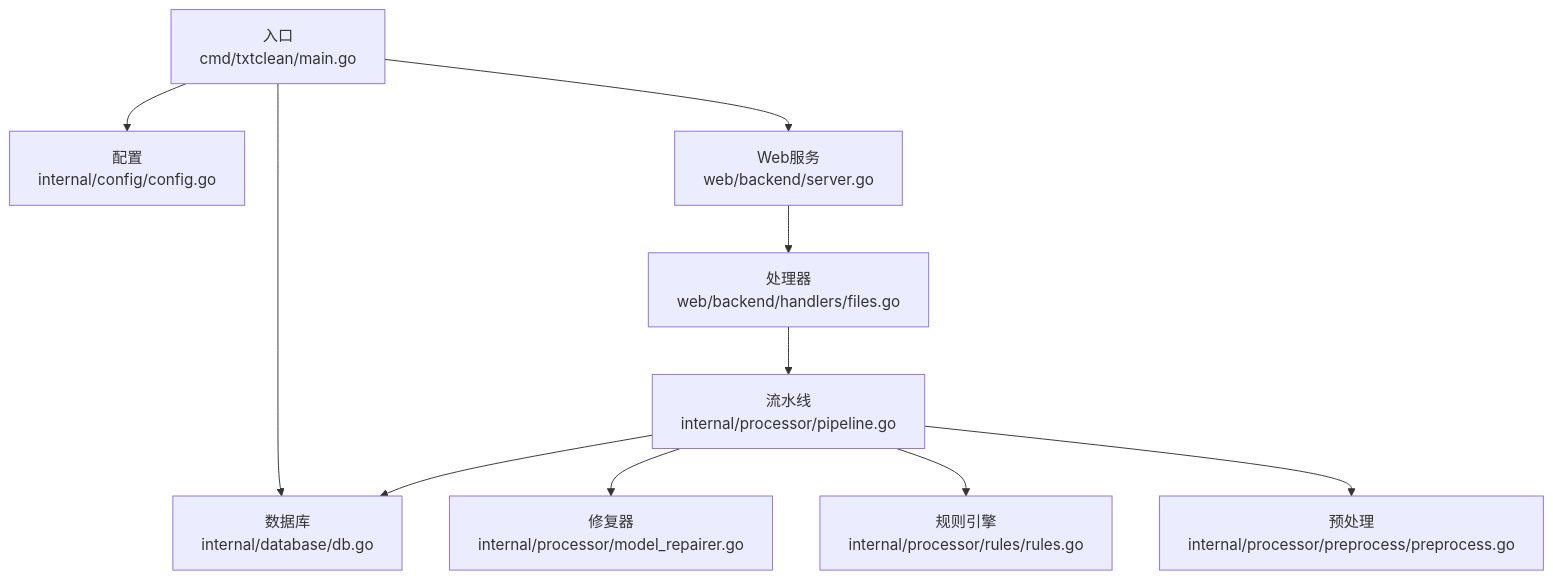
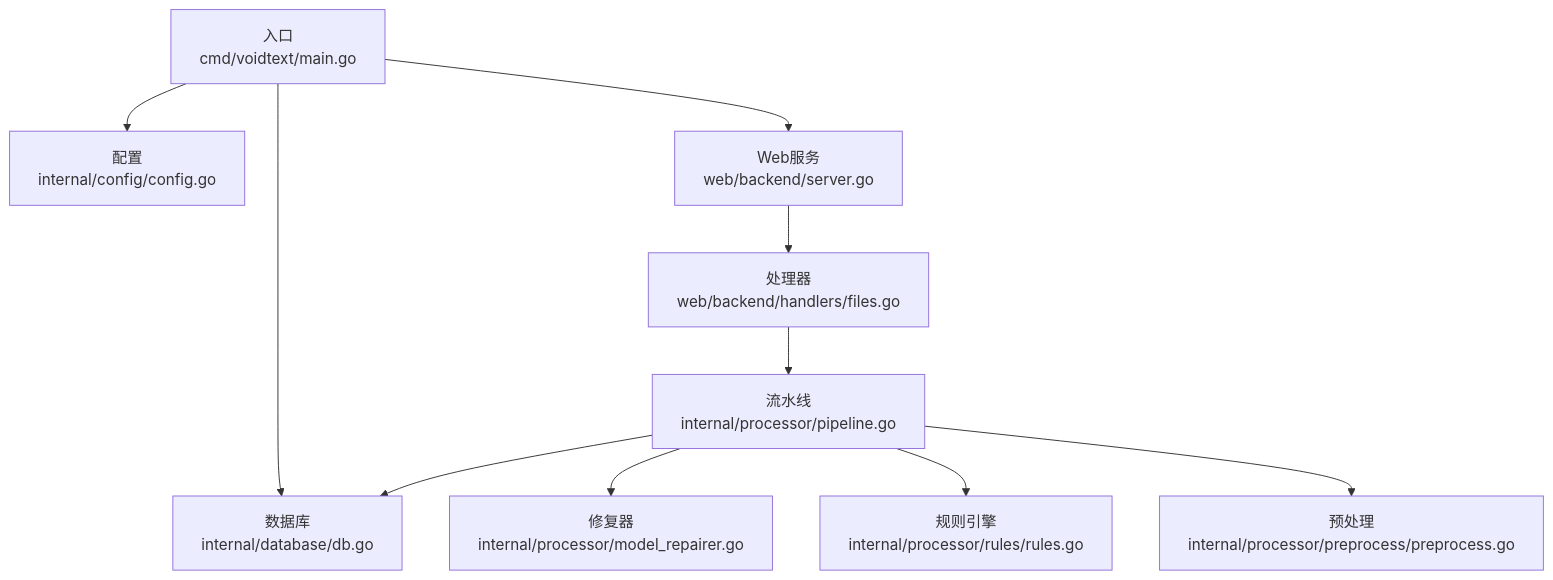
One commit to handy-h/VoidText changed the second of 7 diagrams in repowikis/开发指南.md. Above: the diagram before and after it, drawn with Mermaid. The commit also changed other lines of this file and 101 other files, not shown here.

````diff
--- a/repowikis/开发指南.md
+++ b/repowikis/开发指南.md
@@ -135,12 +135,12 @@
 ```mermaid
 graph TB
-A["入口<br/>cmd/txtclean/main.go"] --> B["配置<br/>internal/config/config.go"]
+A["入口<br/>cmd/voidtext/main.go"] --> B["配置<br/>internal/config/config.go"]
 A --> C["数据库<br/>internal/database/db.go"]
 A --> D["Web服务<br/>web/backend/server.go"]
 D --> E["处理器<br/>web/backend/handlers/files.go"]
 E --> F["流水线<br/>internal/processor/pipeline.go"]
 F --> G["修复器<br/>internal/processor/model_repairer.go"]
 F --> H["规则引擎<br/>internal/processor/rules/rules.go"]
 F --> I["预处理<br/>internal/processor/preprocess/preprocess.go"]
 F --> C
 ```
````
